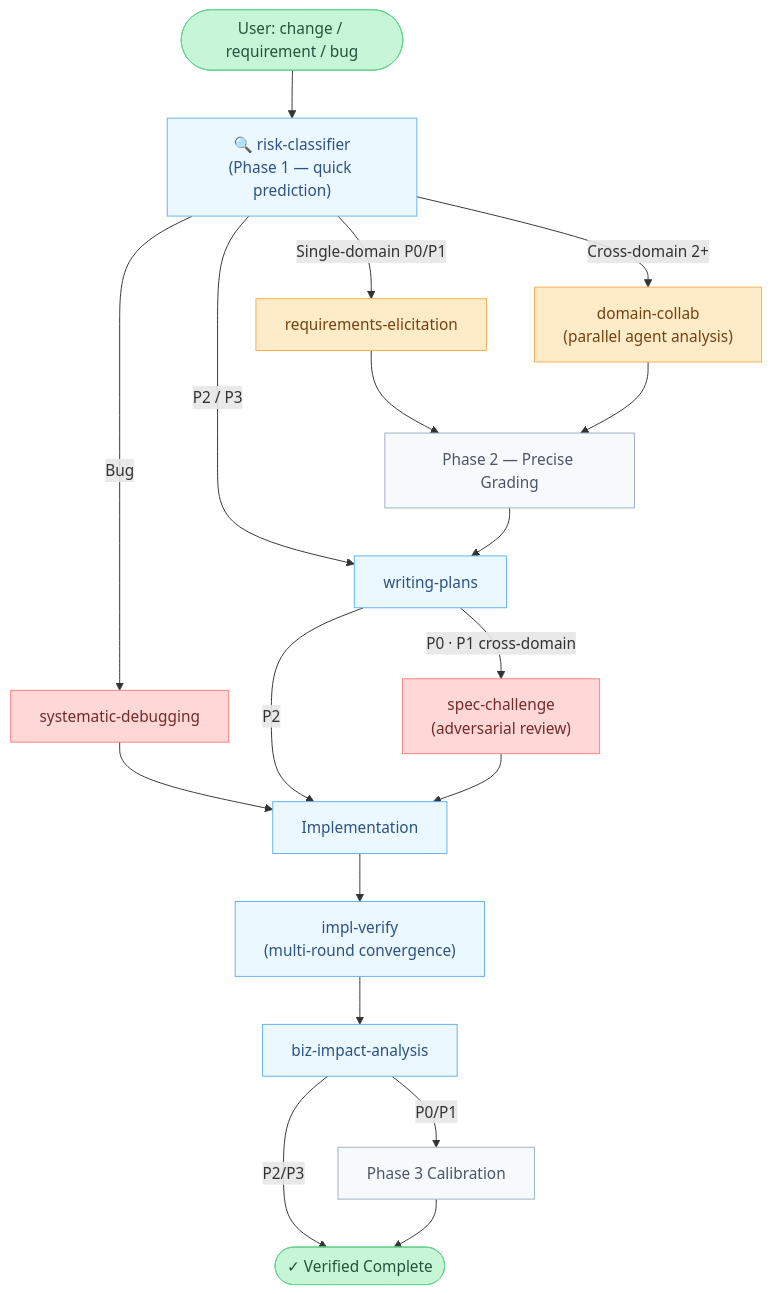
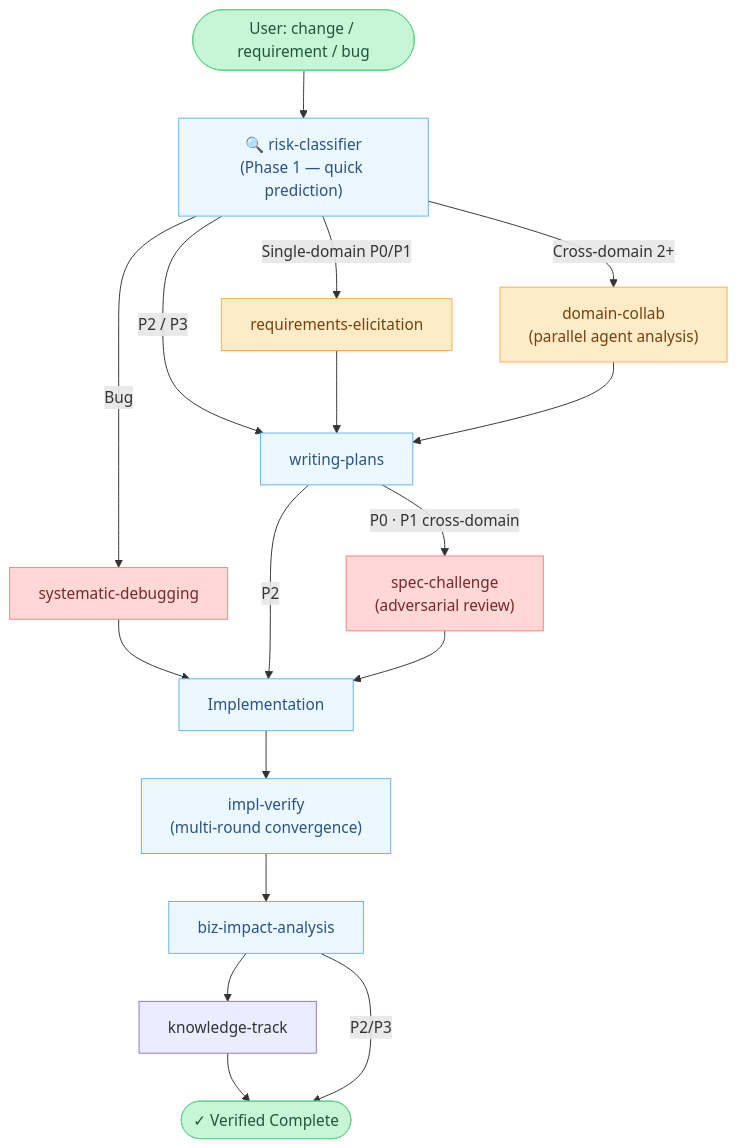
One commit to Aimeerrhythm/enterprise-change-workflow changed the first of 2 diagrams in README.md. Above: the diagram before and after it, drawn with Mermaid. The commit also changed other lines of this file and 13 other files, not shown here.

````diff
--- a/README.md
+++ b/README.md
@@ -42,43 +42,40 @@
 ```mermaid
 flowchart TD
     IN([User: change / requirement / bug]) --> RC
 
     RC["🔍 risk-classifier\n(Phase 1 — quick prediction)"]
 
     RC -->|Single-domain P0/P1| RE[requirements-elicitation]
     RC -->|Cross-domain 2+| DC["domain-collab\n(parallel agent analysis)"]
     RC -->|P2 / P3| WP
     RC -->|Bug| SD[systematic-debugging]
 
-    RE --> P2[Phase 2 — Precise Grading]
-    DC --> P2
-    P2 --> WP
+    RE --> WP
+    DC --> WP
 
     SD --> IMPL
 
     WP["writing-plans"] -->|P0 · P1 cross-domain| SC["spec-challenge\n(adversarial review)"]
     WP -->|P2| IMPL
     SC --> IMPL
 
     IMPL[Implementation] --> IV
     IV["impl-verify\n(multi-round convergence)"] --> BIA
-    BIA["biz-impact-analysis"] -->|P0/P1| CAL[Phase 3 Calibration]
+    BIA["biz-impact-analysis"] --> KT
+    KT["knowledge-track"] --> DONE
     BIA -->|P2/P3| DONE
-    CAL --> DONE
 
     DONE([✓ Verified Complete])
 
     style RC  fill:#EBF8FF,stroke:#63B3ED,color:#2C5282
     style WP  fill:#EBF8FF,stroke:#63B3ED,color:#2C5282
     style IMPL fill:#EBF8FF,stroke:#63B3ED,color:#2C5282
     style IV  fill:#EBF8FF,stroke:#63B3ED,color:#2C5282
     style BIA fill:#EBF8FF,stroke:#63B3ED,color:#2C5282
     style RE  fill:#FEEBC8,stroke:#F6AD55,color:#744210
     style DC  fill:#FEEBC8,stroke:#F6AD55,color:#744210
     style SC  fill:#FED7D7,stroke:#FC8181,color:#742A2A
     style SD  fill:#FED7D7,stroke:#FC8181,color:#742A2A
     style IN  fill:#C6F6D5,stroke:#68D391,color:#22543D
     style DONE fill:#C6F6D5,stroke:#68D391,color:#22543D
-    style P2  fill:#F7FAFC,stroke:#A0AEC0,color:#4A5568
-    style CAL fill:#F7FAFC,stroke:#A0AEC0,color:#4A5568
 ```
````
